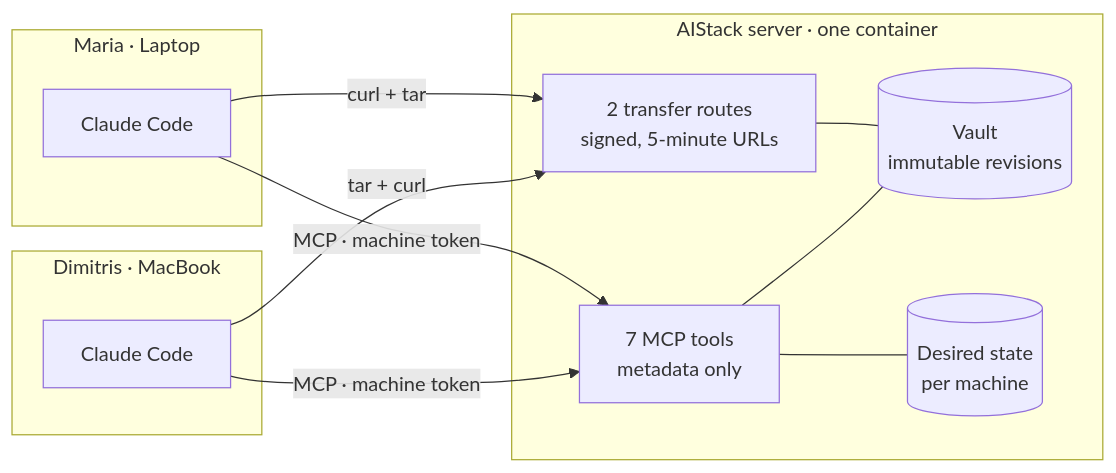
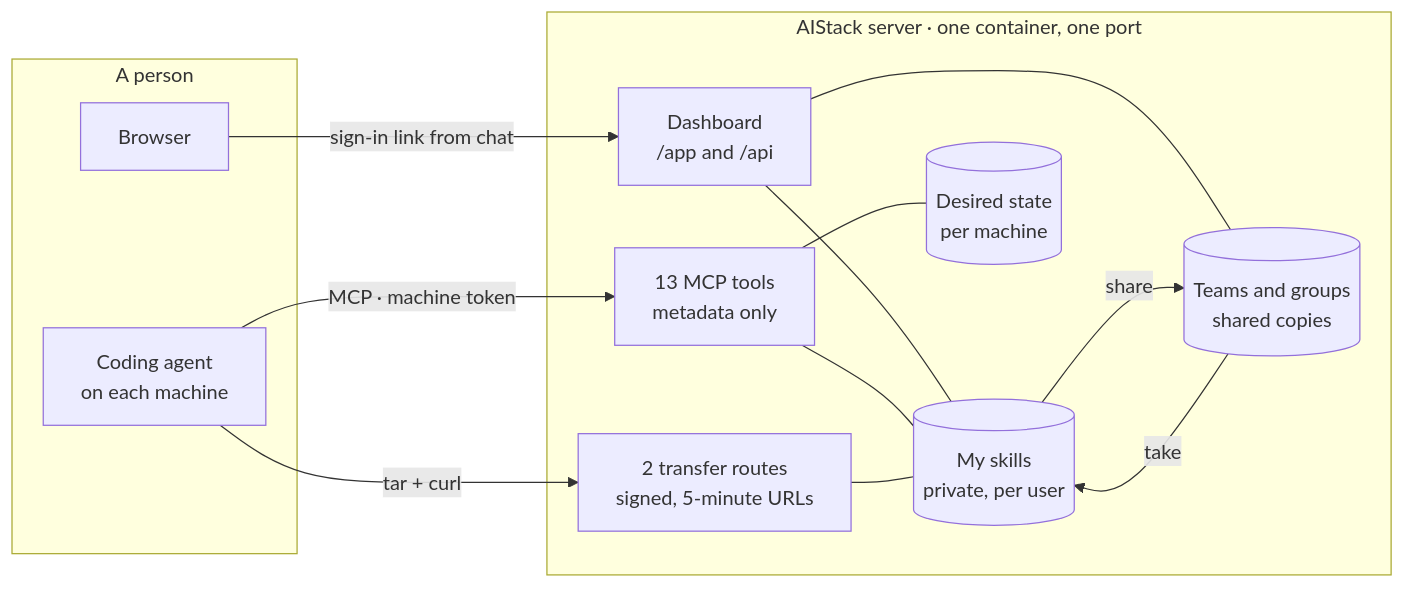
One commit to dchristopoulos/AIStack changed the diagram in README.md. Above: the diagram before and after it, drawn with Mermaid. The commit also changed other lines of this file and 54 other files, not shown here.

First line of the commit message:
Add a personal space, teams with nested groups, and a dashboard

````diff
--- a/README.md
+++ b/README.md
@@ -24,23 +46,26 @@
 ```mermaid
 flowchart LR
-    subgraph a["Dimitris · MacBook"]
-        cca["Claude Code"]
+    subgraph people["A person"]
+        browser["Browser"]
+        agent["Coding agent<br/>on each machine"]
     end
-    subgraph b["Maria · Laptop"]
-        ccb["Claude Code"]
-    end
-    subgraph server["AIStack server · one container"]
-        tools["7 MCP tools<br/>metadata only"]
+    subgraph server["AIStack server · one container, one port"]
+        dash["Dashboard<br/>/app and /api"]
+        tools["13 MCP tools<br/>metadata only"]
         routes["2 transfer routes<br/>signed, 5-minute URLs"]
-        vault[("Vault<br/>immutable revisions")]
+        mine[("My skills<br/>private, per user")]
+        teams[("Teams and groups<br/>shared copies")]
         desired[("Desired state<br/>per machine")]
     end
 
-    cca -- "MCP · machine token" --> tools
-    ccb -- "MCP · machine token" --> tools
-    cca -- "tar + curl" --> routes
-    ccb -- "curl + tar" --> routes
-    tools --- vault
+    browser -- "sign-in link from chat" --> dash
+    agent -- "MCP · machine token" --> tools
+    agent -- "tar + curl" --> routes
+    dash --- mine
+    dash --- teams
+    tools --- mine
     tools --- desired
-    routes --- vault
+    routes --- mine
+    mine -- "share" --> teams
+    teams -- "take" --> mine
 ```
````
